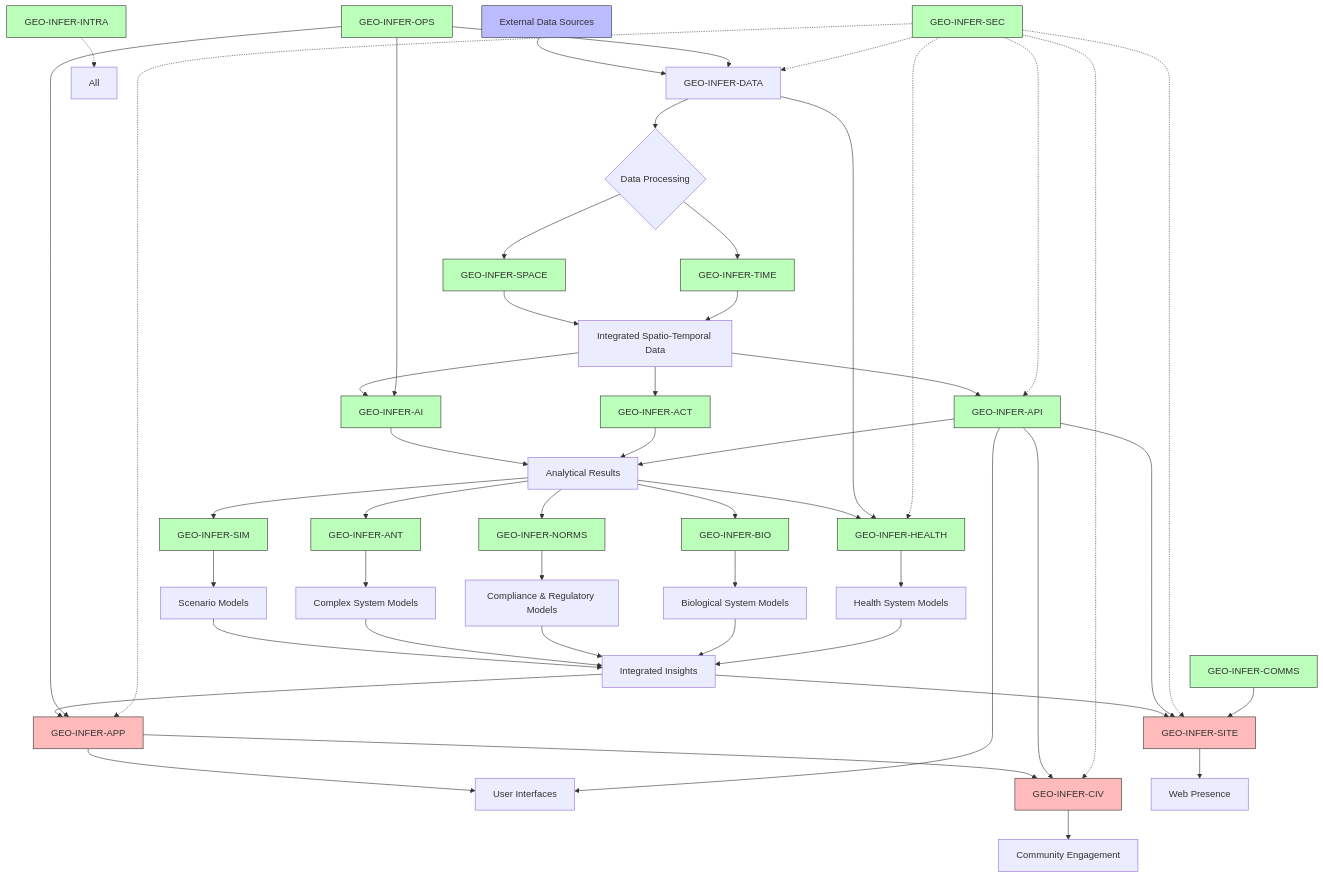
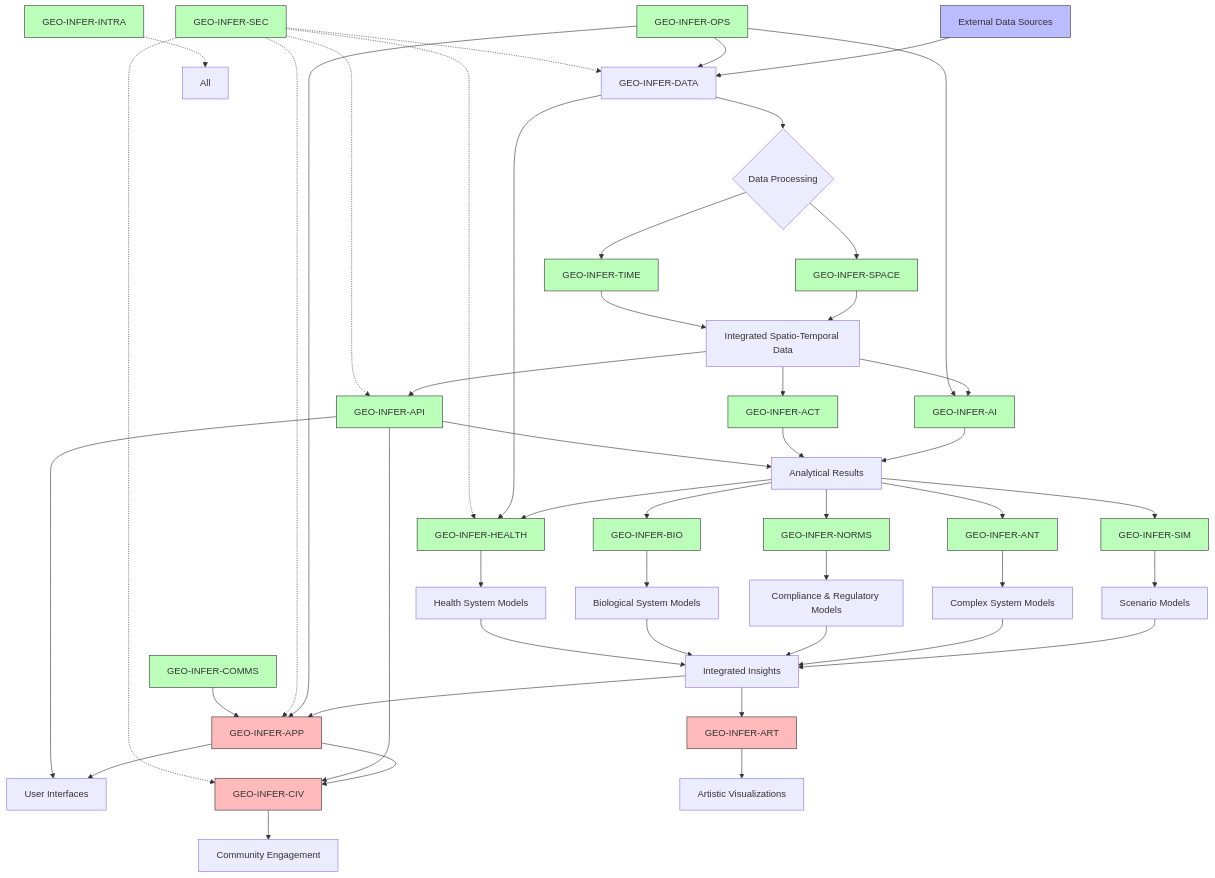
One commit to ActiveInferenceInstitute/GEO-INFER changed the fourth of 5 diagrams in README.md. Above: the diagram before and after it, drawn with Mermaid. The commit also changed other lines of this file, not shown here.

````diff
--- a/README.md
+++ b/README.md
@@ -811,49 +801,49 @@
 ```mermaid
 flowchart TD
     classDef input fill:#bbf,stroke:#333,stroke-width:1px
     classDef process fill:#bfb,stroke:#333,stroke-width:1px
     classDef output fill:#fbb,stroke:#333,stroke-width:1px
     
     %% Data Collection & Processing
     A[External Data Sources]:::input --> B[GEO-INFER-DATA]
     B --> C{Data Processing}
     C --> D[GEO-INFER-SPACE]:::process
     C --> E[GEO-INFER-TIME]:::process
     
     %% Analysis Pipeline
     D & E --> F[Integrated Spatio-Temporal Data]
     F --> G[GEO-INFER-AI]:::process
     F --> H[GEO-INFER-ACT]:::process
     F --> X[GEO-INFER-SPM]:::process
     G & H & X --> I[Analytical Results]
     
     %% Simulation & Modeling
     I --> J[GEO-INFER-SIM]:::process
     J --> K[Scenario Models]
     I --> L[GEO-INFER-ANT]:::process
     L --> M[Complex System Models]
     I --> N[GEO-INFER-NORMS]:::process
     N --> O[Compliance & Regulatory Models]
     I --> P[GEO-INFER-BIO]:::process
     P --> Q[Biological System Models]
     I --> HEALTH_MOD[GEO-INFER-HEALTH]:::process
     B --> HEALTH_MOD
     HEALTH_MOD --> HEALTH_MOD_OUT[Health System Models]
     
     %% Presentation & Interaction
     K & M & O & Q & HEALTH_MOD_OUT --> R[Integrated Insights]
     R --> S[GEO-INFER-APP]:::output
     S --> T[User Interfaces]
     S --> U[GEO-INFER-CIV]:::output
     U --> V[Community Engagement]
-    R --> SITE_MOD[GEO-INFER-SITE]:::output
-    SITE_MOD --> W_SITE[Web Presence]
+    R --> ART_MOD[GEO-INFER-ART]:::output
+    ART_MOD --> W_ART[Artistic Visualizations]
     
     %% Core Services
     W[GEO-INFER-OPS]:::process --> B & G & S
-    X[GEO-INFER-API]:::process --> T & U & SITE_MOD
-    Y[GEO-INFER-SEC]:::process -.-> B & X & S & U & SITE_MOD
+    X[GEO-INFER-API]:::process --> T & U
+    Y[GEO-INFER-SEC]:::process -.-> B & X & S & U
     Y -.-> HEALTH_MOD
     Z[GEO-INFER-INTRA]:::process -.-> All
-    COMMS_MOD[GEO-INFER-COMMS]:::process --> SITE_MOD
+    COMMS_MOD[GEO-INFER-COMMS]:::process --> S
 ```
````
